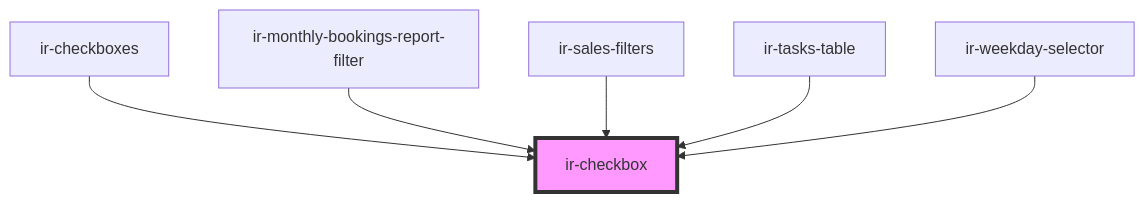
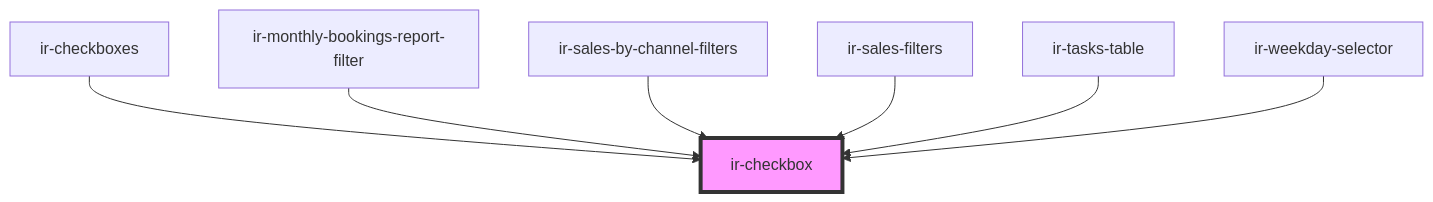
One commit to David1Chowaifaty/modified-ir-webcmp changed the diagram in src/components/ui/ir-checkbox/readme.md. Above: the diagram before and after it, drawn with Mermaid. The commit also changed other lines of this file and 50 other files, not shown here.

````diff
--- a/src/components/ui/ir-checkbox/readme.md
+++ b/src/components/ui/ir-checkbox/readme.md
@@ -39,9 +40,10 @@
 ```mermaid
 graph TD;
   ir-checkboxes --> ir-checkbox
   ir-monthly-bookings-report-filter --> ir-checkbox
+  ir-sales-by-channel-filters --> ir-checkbox
   ir-sales-filters --> ir-checkbox
   ir-tasks-table --> ir-checkbox
   ir-weekday-selector --> ir-checkbox
   style ir-checkbox fill:#f9f,stroke:#333,stroke-width:4px
 ```
````
